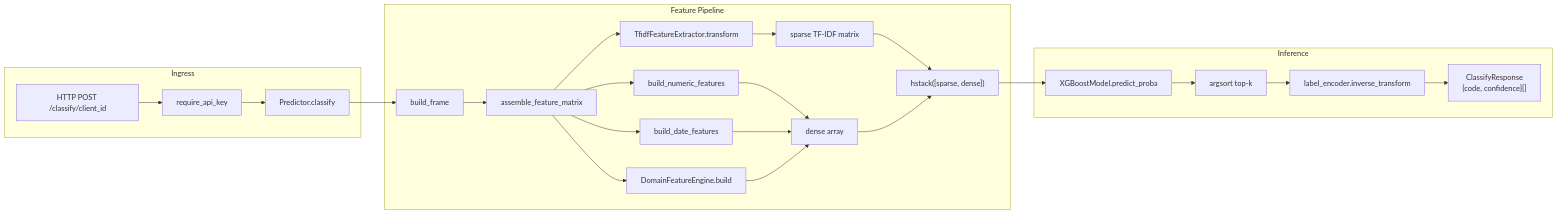
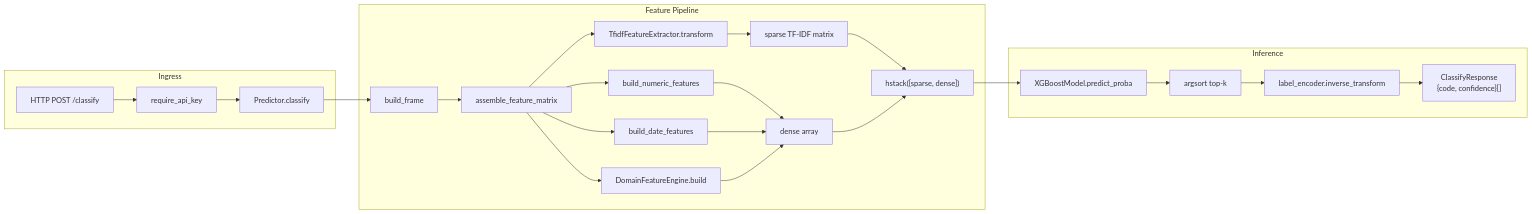
One commit to nlorber/transaction-classifier changed the first of 3 diagrams in docs/DESIGN.md. Above: the diagram before and after it, drawn with Mermaid. The commit also changed other lines of this file, not shown here.

Commit message:
docs: update DESIGN.md for single-tenant architecture and new features

````diff
--- a/docs/DESIGN.md
+++ b/docs/DESIGN.md
@@ -11,29 +11,29 @@
 ```mermaid
 flowchart LR
     subgraph Ingress
-        A[HTTP POST /classify/client_id] --> B[require_api_key]
+        A[HTTP POST /classify] --> B[require_api_key]
         B --> C[Predictor.classify]
     end
 
     subgraph Feature Pipeline
         C --> D[build_frame]
         D --> E[assemble_feature_matrix]
         E --> F1[TfidfFeatureExtractor.transform]
         E --> F2[build_numeric_features]
         E --> F3[build_date_features]
         E --> F4[DomainFeatureEngine.build]
         F1 --> G1[sparse TF-IDF matrix]
         F2 --> G2[dense array]
         F3 --> G2
         F4 --> G2
         G1 --> H["hstack([sparse, dense])"]
         G2 --> H
     end
 
     subgraph Inference
         H --> I[XGBoostModel.predict_proba]
         I --> J[argsort top-k]
         J --> K[label_encoder.inverse_transform]
         K --> L["ClassifyResponse\n{code, confidence}[]"]
     end
 ```
````
